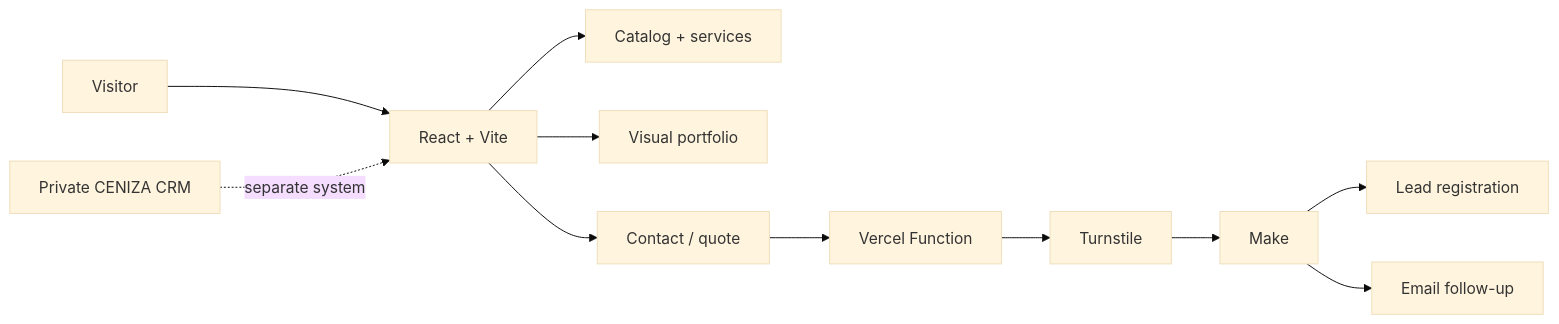
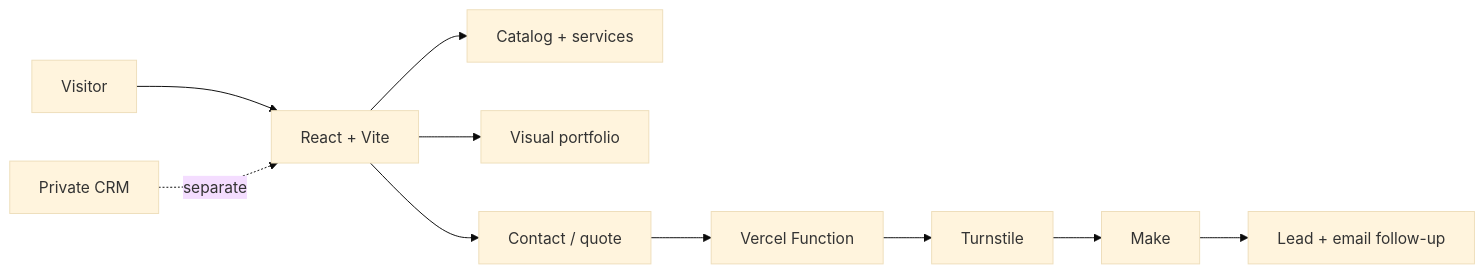
Before and after one commit to diegofrancoe/ceniza-digital-platform: the diagram in README.md, drawn with Mermaid (base theme). The commit also changed other lines of this file, not shown here.

```diff
--- a/README.md
+++ b/README.md
@@ -24,13 +17,12 @@
 ~~~mermaid
 flowchart LR
  U[Visitor] --> W[React + Vite]
  W --> C[Catalog + services]
  W --> P[Visual portfolio]
  W --> F[Contact / quote]
  F --> API[Vercel Function]
  API --> T[Turnstile]
  T --> M[Make]
- M --> L[Lead registration]
- M --> E[Email follow-up]
- CRM[Private CENIZA CRM] -. separate system .-> W
+ M --> L[Lead + email follow-up]
+ CRM[Private CRM] -. separate .-> W
 ~~~
```
